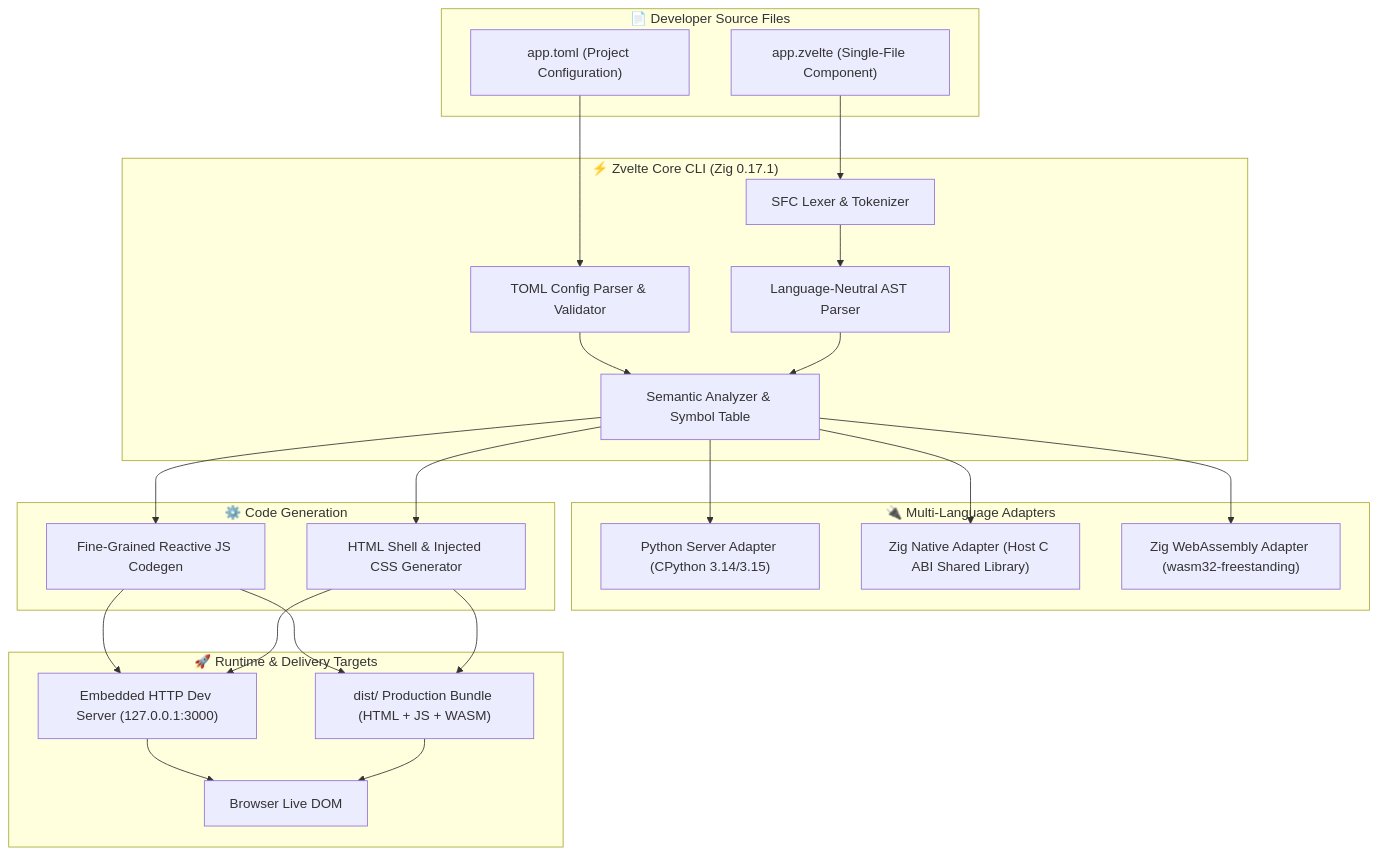
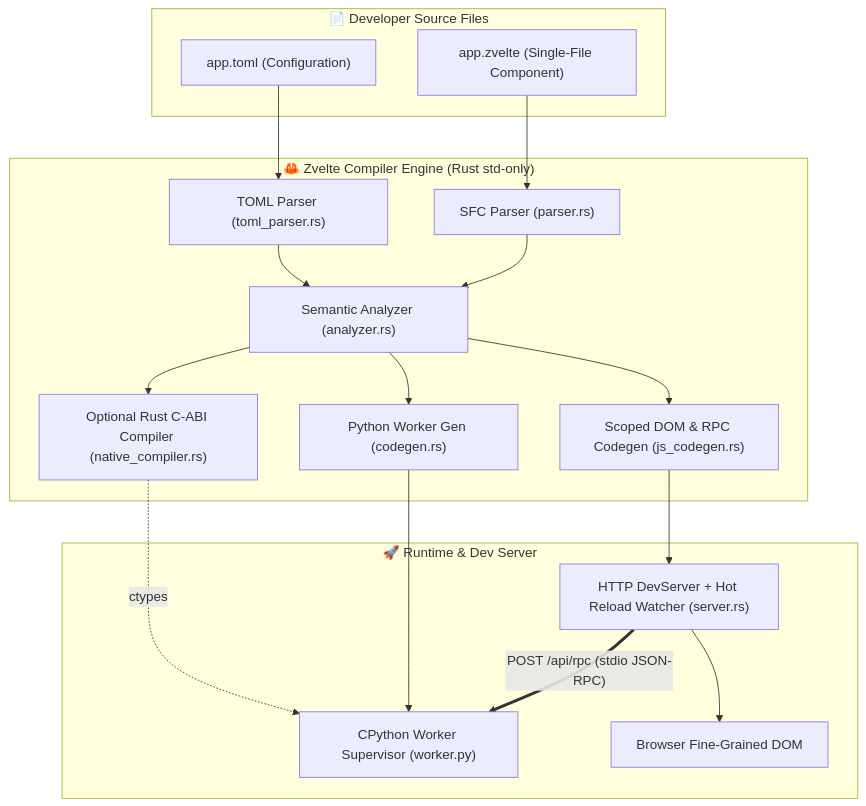
Before and after one commit to babar-xagi/Zvelte: the diagram in docs/ARCHITECTURE.md, drawn with Mermaid. The commit also changed other lines of this file and 23 other files, not shown here.

Commit message:
fix: resolve 04-ai-chatbot leak, HTML comments, hot reload, scoped reactivity, and sync docs for v0.0.6

````diff
--- a/docs/ARCHITECTURE.md
+++ b/docs/ARCHITECTURE.md
@@ -14,49 +14,32 @@
 ```mermaid
 flowchart TD
     subgraph Inputs["📄 Developer Source Files"]
-        TOML["app.toml (Project Configuration)"]
+        TOML["app.toml (Configuration)"]
         SFC["app.zvelte (Single-File Component)"]
     end
 
-    subgraph CLI["⚡ Zvelte Core CLI (Zig 0.17.1)"]
-        CFG["TOML Config Parser & Validator"]
-        LEX["SFC Lexer & Tokenizer"]
-        PAR["Language-Neutral AST Parser"]
-        SEM["Semantic Analyzer & Symbol Table"]
+    subgraph Core["🦀 Zvelte Compiler Engine (Rust std-only)"]
+        CFG["TOML Parser (toml_parser.rs)"]
+        PAR["SFC Parser (parser.rs)"]
+        SEM["Semantic Analyzer (analyzer.rs)"]
+        JSGEN["Scoped DOM & RPC Codegen (js_codegen.rs)"]
+        PYGEN["Python Worker Gen (codegen.rs)"]
+        NAT["Optional Rust C-ABI Compiler (native_compiler.rs)"]
     end
 
-    subgraph Adapters["🔌 Multi-Language Adapters"]
-        PY_SRV["Python Server Adapter (CPython 3.14/3.15)"]
-        ZIG_NAT["Zig Native Adapter (Host C ABI Shared Library)"]
-        ZIG_WASM["Zig WebAssembly Adapter (wasm32-freestanding)"]
+    subgraph Runtime["🚀 Runtime & Dev Server"]
+        DEV["HTTP DevServer + Hot Reload Watcher (server.rs)"]
+        PY["CPython Worker Supervisor (worker.py)"]
+        DOM["Browser Fine-Grained DOM"]
     end
 
-    subgraph Generators["⚙️ Code Generation"]
-        JS_GEN["Fine-Grained Reactive JS Codegen"]
-        HTML_GEN["HTML Shell & Injected CSS Generator"]
-    end
-
-    subgraph Outputs["🚀 Runtime & Delivery Targets"]
-        DEV["Embedded HTTP Dev Server (127.0.0.1:3000)"]
-        DIST["dist/ Production Bundle (HTML + JS + WASM)"]
-        DOM["Browser Live DOM"]
-    end
-
-    TOML --> CFG
-    SFC --> LEX --> PAR
-    CFG --> SEM
-    PAR --> SEM
-
-    SEM --> PY_SRV
-    SEM --> ZIG_NAT
-    SEM --> ZIG_WASM
-    SEM --> JS_GEN
-    SEM --> HTML_GEN
-
-    JS_GEN --> DEV
-    HTML_GEN --> DEV
-    JS_GEN --> DIST
-    HTML_GEN --> DIST
-    DEV --> DOM
-    DIST --> DOM
+    TOML --> CFG --> SEM
+    SFC --> PAR --> SEM
+    SEM --> JSGEN
+    SEM --> PYGEN
+    SEM --> NAT
+    NAT -. ctypes .-> PY
+    JSGEN --> DEV --> DOM
+    PYGEN --> PY
+    DEV == "POST /api/rpc (stdio JSON-RPC)" ==> PY
 ```
````
